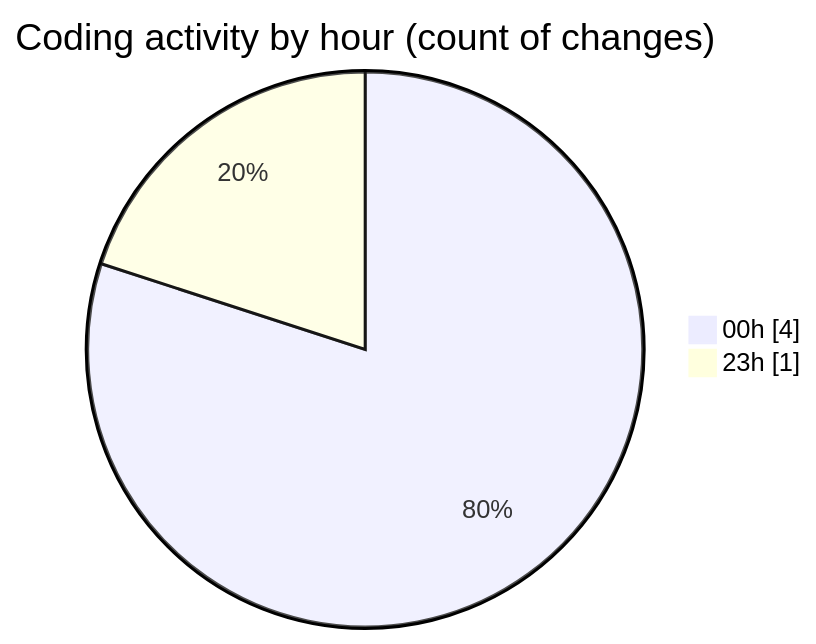
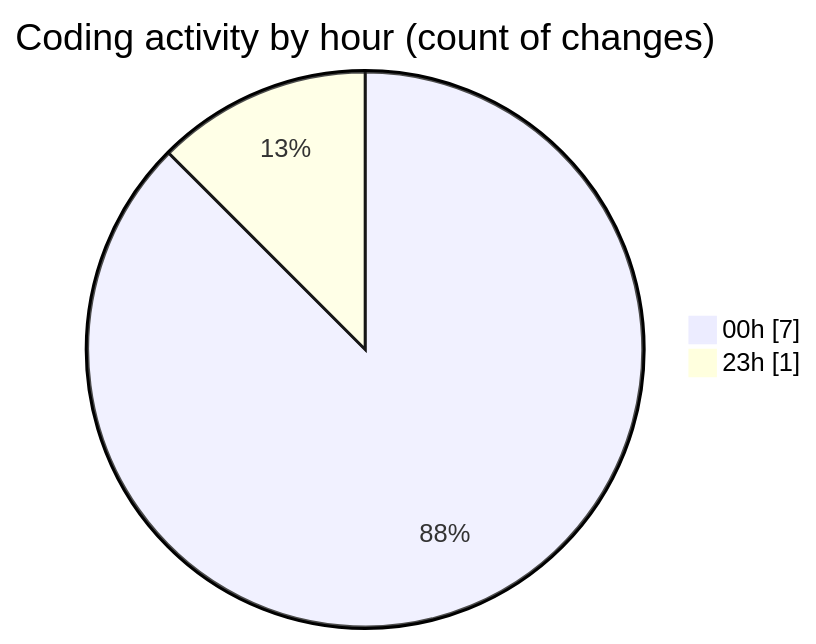
One commit to julien-gomy/code-tracking changed the second of 2 diagrams in 2025-10-17/eventscop-frontend-guide__workspace_/README.md. Above: the diagram before and after it, drawn with Mermaid. The commit also changed other lines of this file and 1 other file, not shown here.

````diff
--- a/2025-10-17/eventscop-frontend-guide__workspace_/README.md
+++ b/2025-10-17/eventscop-frontend-guide__workspace_/README.md
@@ -28,6 +28,6 @@
 ```mermaid
 pie showData
 title Coding activity by hour (count of changes)
-"00h" : 4
+"00h" : 7
 "23h" : 1
 ```
````
